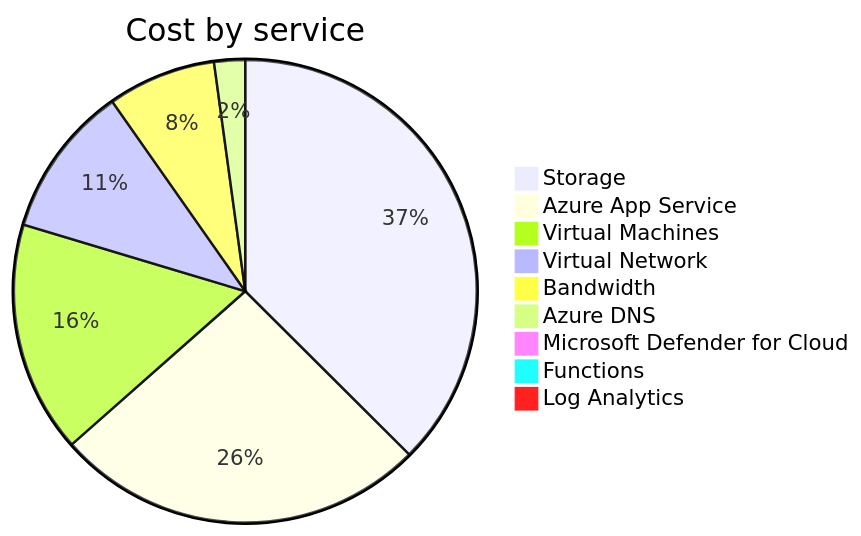
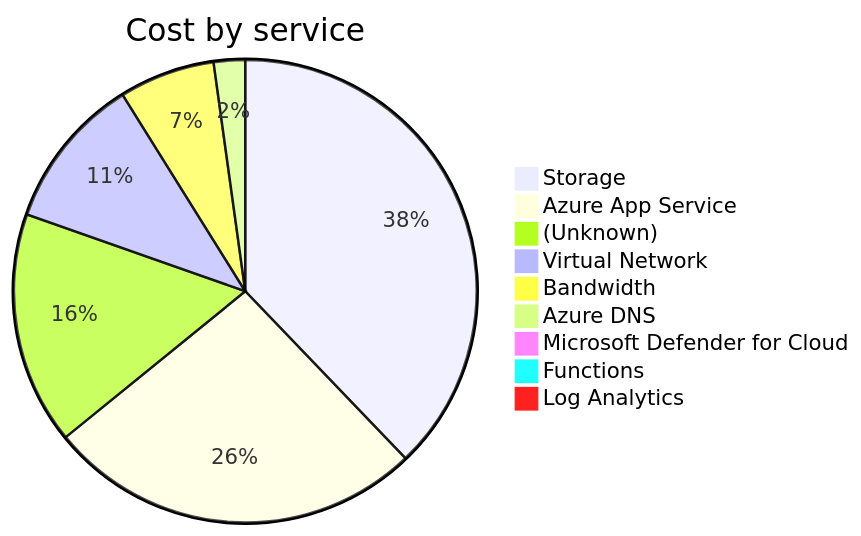
One commit to jpfulton/azure-personal-reports changed the second of 4 diagrams in cost-reports/accumulated-cost.md. Above: the diagram before and after it, drawn with Mermaid. The commit also changed other lines of this file and 4 other files, not shown here.

````diff
--- a/cost-reports/accumulated-cost.md
+++ b/cost-reports/accumulated-cost.md
@@ -103,13 +103,13 @@
 ```mermaid
 pie
    title Cost by service
-   "Storage" : 5.89
-   "Azure App Service" : 4.09
-   "Virtual Machines" : 2.54
-   "Virtual Network" : 1.67
+   "Storage" : 6.73
+   "Azure App Service" : 4.68
+   "(Unknown)" : 2.89
+   "Virtual Network" : 1.91
    "Bandwidth" : 1.19
-   "Azure DNS" : 0.34
-   "Microsoft Defender for Cloud" : 0.06
+   "Azure DNS" : 0.39
+   "Microsoft Defender for Cloud" : 0.07
    "Functions" : 0.00
    "Log Analytics" : 0.00
 ```
````
